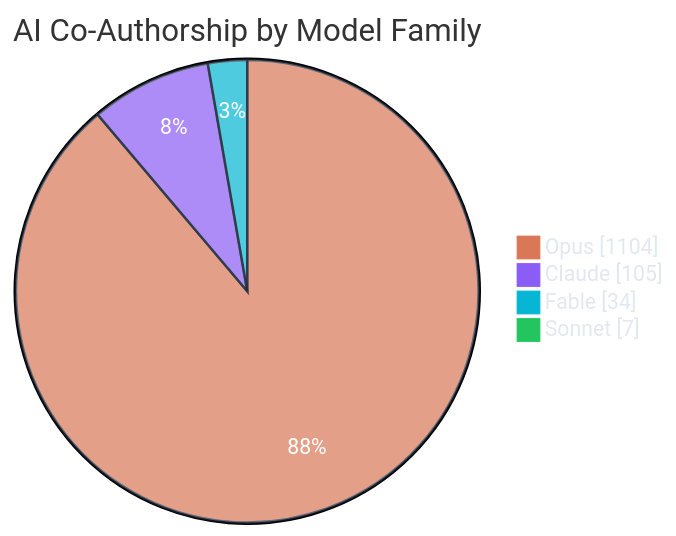
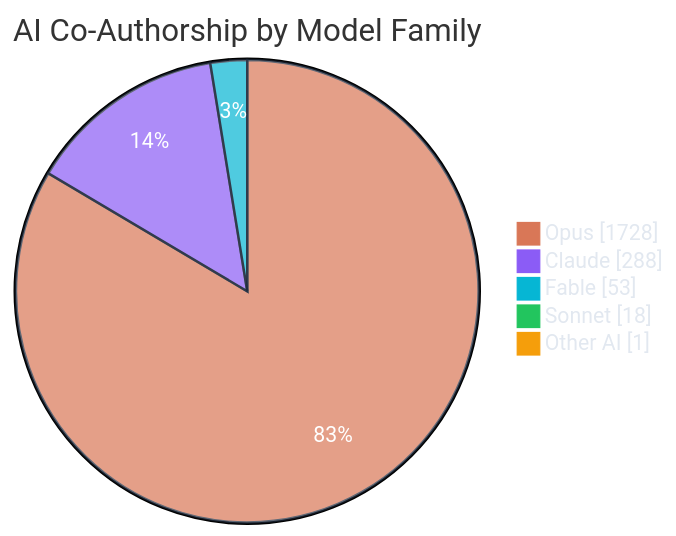
One commit to polo-nyan/polo-nyan changed the third of 7 diagrams in README.md. Above: the diagram before and after it, drawn with Mermaid. The commit also changed other lines of this file and 1 other file, not shown here.

````diff
--- a/README.md
+++ b/README.md
@@ -279,9 +279,10 @@
 ```mermaid
 %%{init: {"theme": "base", "themeVariables": { "pie1": "#d97757", "pie2": "#8b5cf6", "pie3": "#06b6d4", "pie4": "#22c55e", "pie5": "#f59e0b", "pie6": "#ec4899", "pieTextColor": "#ffffff", "pieLegendTextColor": "#e2e8f0", "pieSectionTextColor": "#ffffff", "pieStrokeColor": "#1e293b" }}}%%
 pie showData
     title AI Co-Authorship by Model Family
-    "Opus" : 1104
-    "Claude" : 105
-    "Fable" : 34
-    "Sonnet" : 7
+    "Opus" : 1728
+    "Claude" : 288
+    "Fable" : 53
+    "Sonnet" : 18
+    "Other AI" : 1
 ```
````
